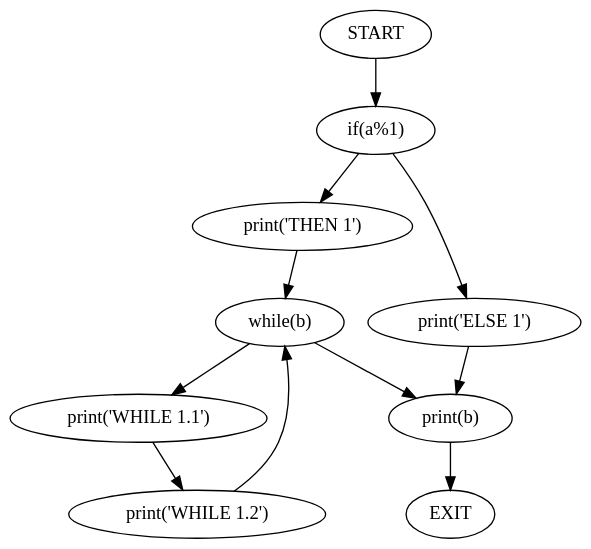
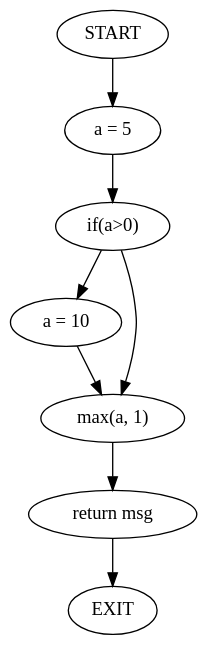
Before and after one commit to MiguelCosta/EngenhariaDeLinguagens: the diagram in ATS/Fichas/Cmb/Gramatica/output/cfg.gv, drawn with Graphviz. The commit also changed 27 other files, not shown here.

```diff
--- a/ATS/Fichas/Cmb/Gramatica/output/cfg.gv
+++ b/ATS/Fichas/Cmb/Gramatica/output/cfg.gv
@@ -1,13 +1,10 @@
 digraph mainmap {
 graph [bgcolor=transparent];
-"START" -> "if(a%1)";
-"if(a%1)" -> "print('THEN 1')";
-"if(a%1)" -> "print('ELSE 1')";
-"print('THEN 1')" -> "while(b)";
-"while(b)" -> "print('WHILE 1.1')";
-"while(b)" -> "print(b)";
-"print('WHILE 1.1')" -> "print('WHILE 1.2')";
-"print('WHILE 1.2')" -> "while(b)";
-"print('ELSE 1')" -> "print(b)";
-"print(b)" -> "EXIT";
+"START" -> "a = 5";
+"a = 5" -> "if(a>0)";
+"if(a>0)" -> "a = 10";
+"if(a>0)" -> "max(a, 1)";
+"a = 10" -> "max(a, 1)";
+"max(a, 1)" -> "return msg";
+"return msg" -> "EXIT";
 }
```
